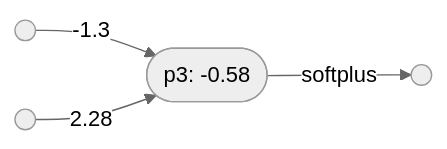
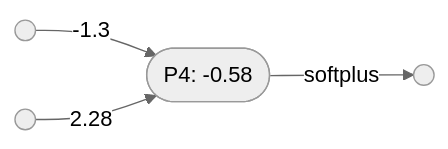
Before and after one commit to conmaol/maglocunus: the sixth of 6 diagrams in nodes/perceptron_layers.md, drawn with Mermaid (neutral theme). The commit also changed other lines of this file, not shown here.

````diff
--- a/nodes/perceptron_layers.md
+++ b/nodes/perceptron_layers.md
@@ -83,6 +85,6 @@
 ```mermaid
 graph LR
-    D(( )) -- "-1.3" --> F(["p3: -0.58"])
+    D(( )) -- "-1.3" --> F(["P4: -0.58"])
     E(( )) -- "2.28" --> F
     F -- "softplus" --> G(( ))
 ```
````
